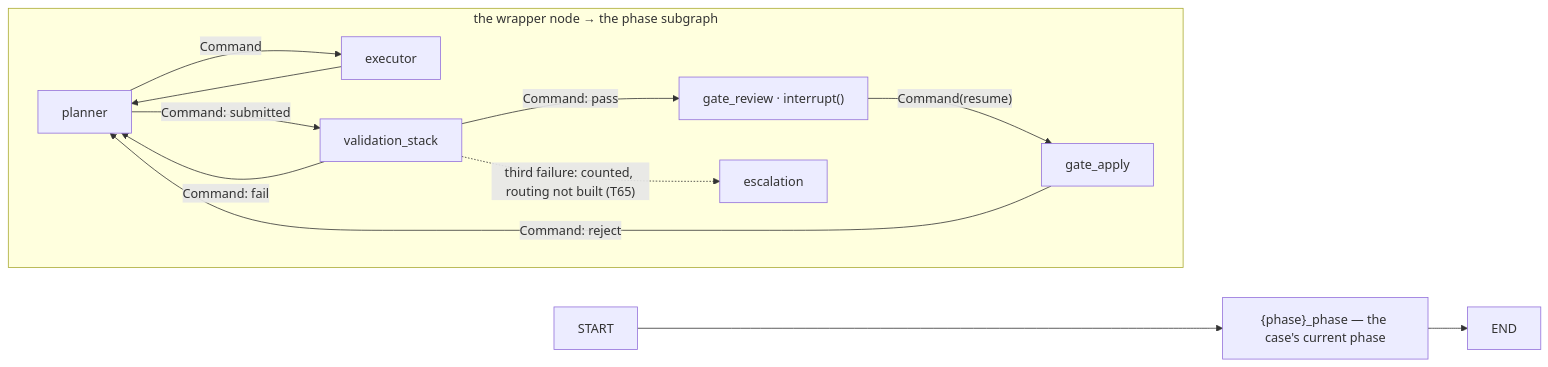
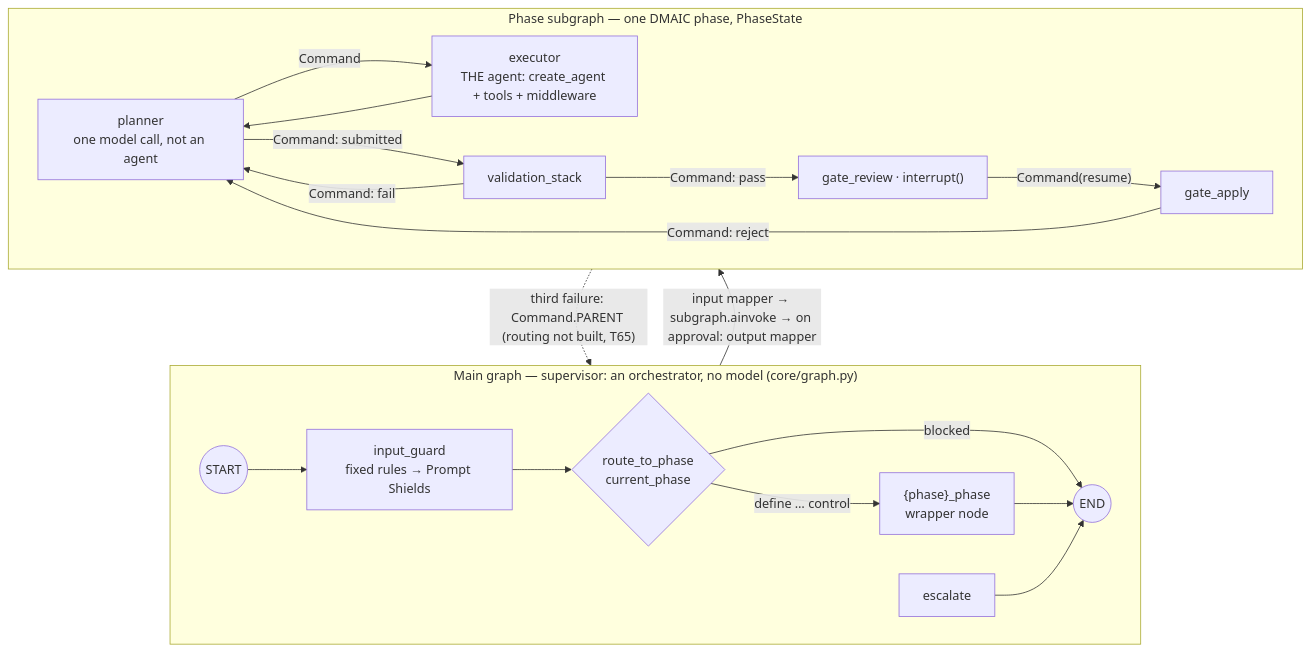
Before and after one commit to vpangalis/agentlean: the third of 9 diagrams in agent-improve/ARCHITECTURE.md, drawn with Mermaid. The commit also changed other lines of this file and 2 other files, not shown here.

````diff
--- a/agent-improve/ARCHITECTURE.md
+++ b/agent-improve/ARCHITECTURE.md
@@ -94,15 +98,24 @@
 ```mermaid
-flowchart LR
-  START --> W["{phase}_phase — the case's current phase"] --> END
-  subgraph phase["the wrapper node → the phase subgraph"]
+flowchart TB
+  subgraph main["Main graph — supervisor: an orchestrator, no model (core/graph.py)"]
     direction LR
-    P[planner] -- "Command" --> E[executor]
+    S((START)) --> G["input_guard<br/>fixed rules → Prompt Shields"]
+    G --> RT{"route_to_phase<br/>current_phase"}
+    RT -- "blocked" --> EN((END))
+    RT -- "define … control" --> W["{phase}_phase<br/>wrapper node"]
+    W --> EN
+    X[escalate] --> EN
+  end
+  subgraph phase["Phase subgraph — one DMAIC phase, PhaseState"]
+    direction LR
+    P["planner<br/>one model call, not an agent"] -- "Command" --> E["executor<br/>THE agent: create_agent + tools + middleware"]
     E --> P
     P -- "Command: submitted" --> V[validation_stack]
     V -- "Command: fail" --> P
     V -- "Command: pass" --> R["gate_review · interrupt()"]
-    V -. "third failure: counted, routing not built (T65)" .-> X[escalation]
     R -- "Command(resume)" --> A[gate_apply]
     A -- "Command: reject" --> P
   end
+  W -- "input mapper → subgraph.ainvoke → on approval: output mapper" --> phase
+  V -. "third failure: Command.PARENT (routing not built, T65)" .-> X
 ```
````
